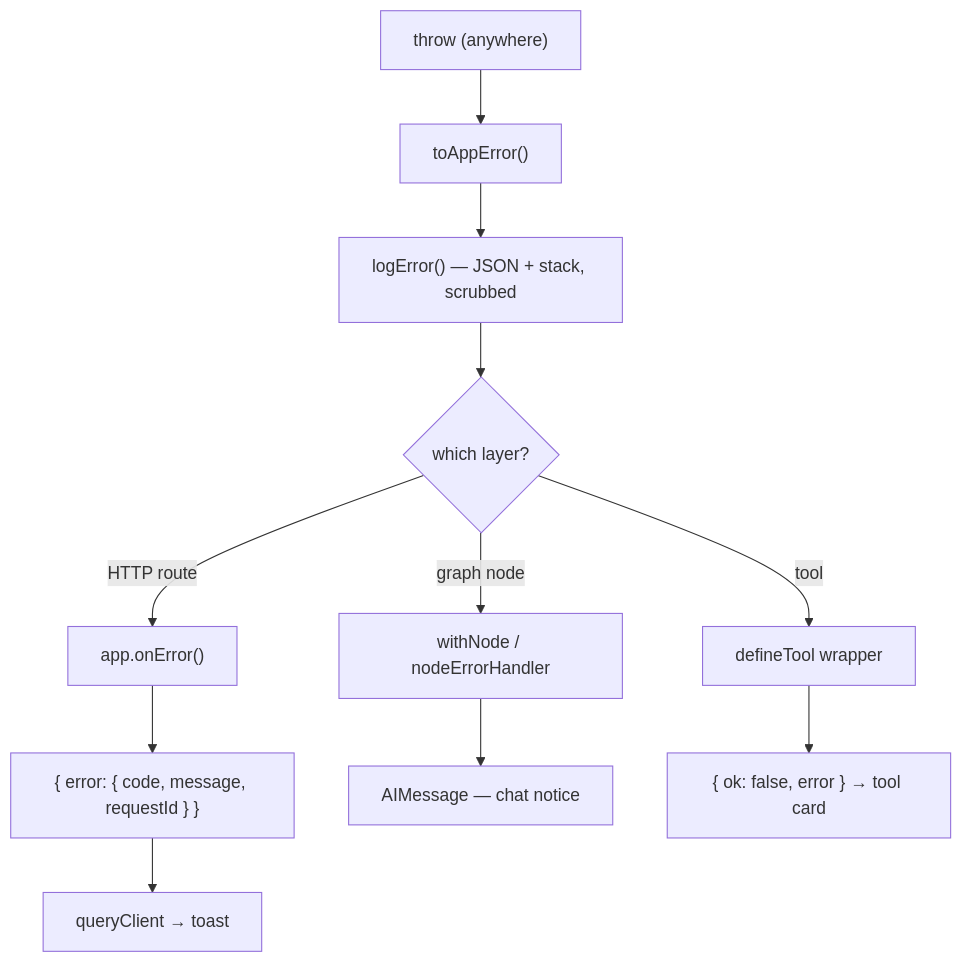
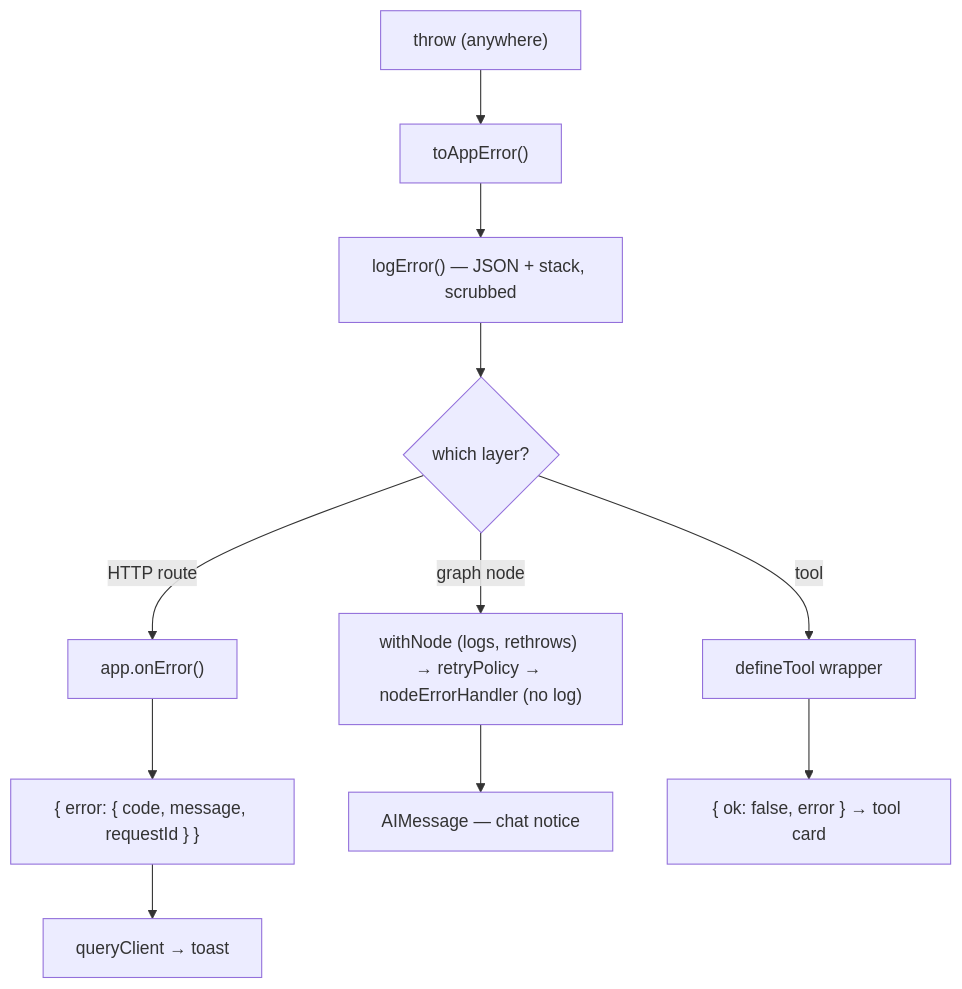
Before and after one commit to myle-agilityio/langchain-training: the diagram in practice-new-version/docs/ERROR-HANDLING.md, drawn with Mermaid. The commit also changed other lines of this file and 7 other files, not shown here.

Commit message:
feat: enhance error handling for NodeTimeoutError and streamline error handlers

````diff
--- a/practice-new-version/docs/ERROR-HANDLING.md
+++ b/practice-new-version/docs/ERROR-HANDLING.md
@@ -71,16 +71,16 @@
 ```mermaid
 graph TD
     Throw["throw (anywhere)"] --> Norm["toAppError()"]
     Norm --> Log["logError() — JSON + stack, scrubbed"]
     Log --> Route{"which layer?"}
 
     Route -- "HTTP route" --> Http["app.onError()"]
-    Route -- "graph node" --> Node["withNode / nodeErrorHandler"]
+    Route -- "graph node" --> Node["withNode (logs, rethrows) → retryPolicy → nodeErrorHandler (no log)"]
     Route -- "tool" --> Tool["defineTool wrapper"]
 
     Http --> HttpOut["{ error: { code, message, requestId } }"]
     Node --> NodeOut["AIMessage — chat notice"]
     Tool --> ToolOut["{ ok: false, error } → tool card"]
 
     HttpOut --> Toast["queryClient → toast"]
 ```
````
